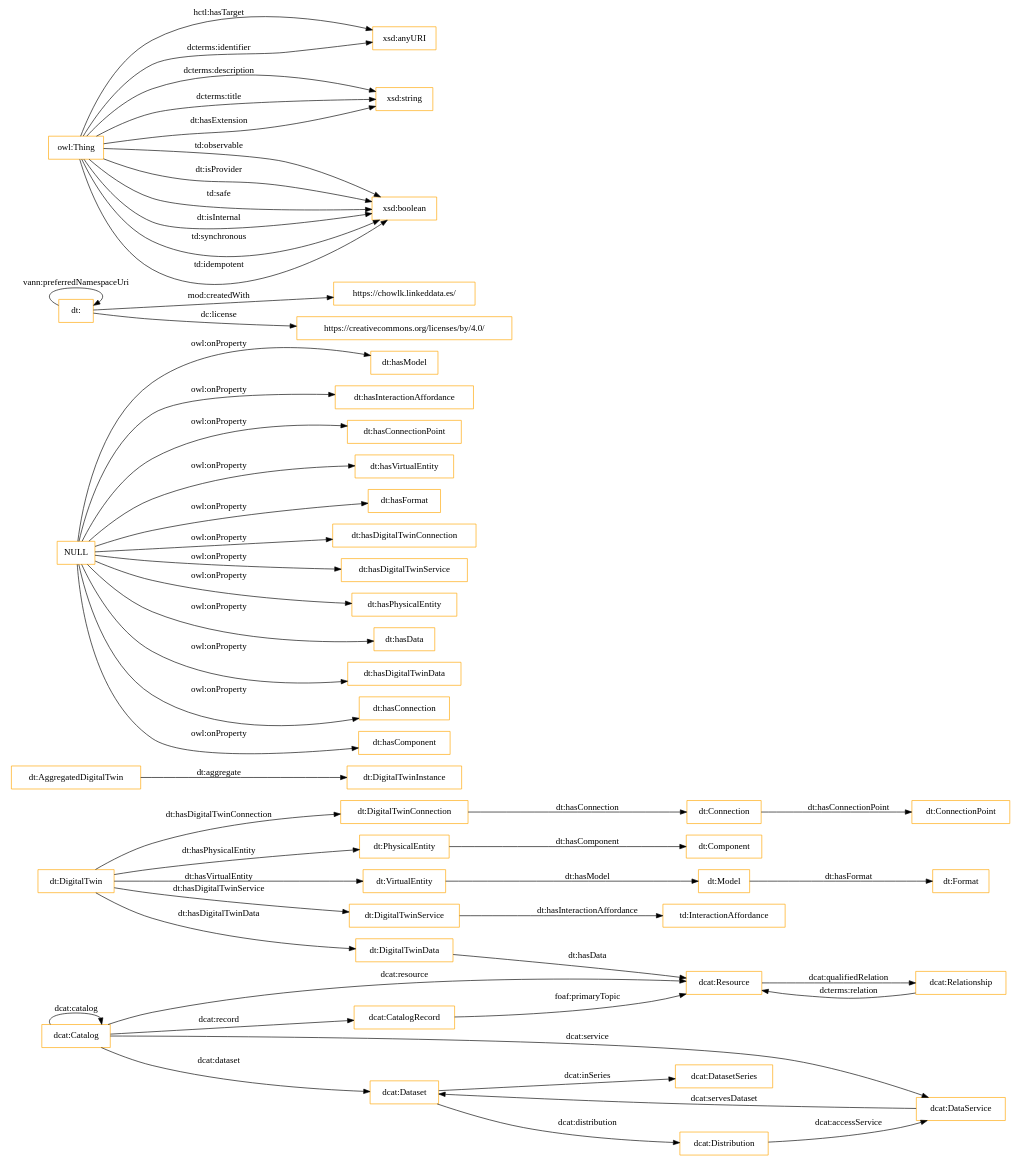
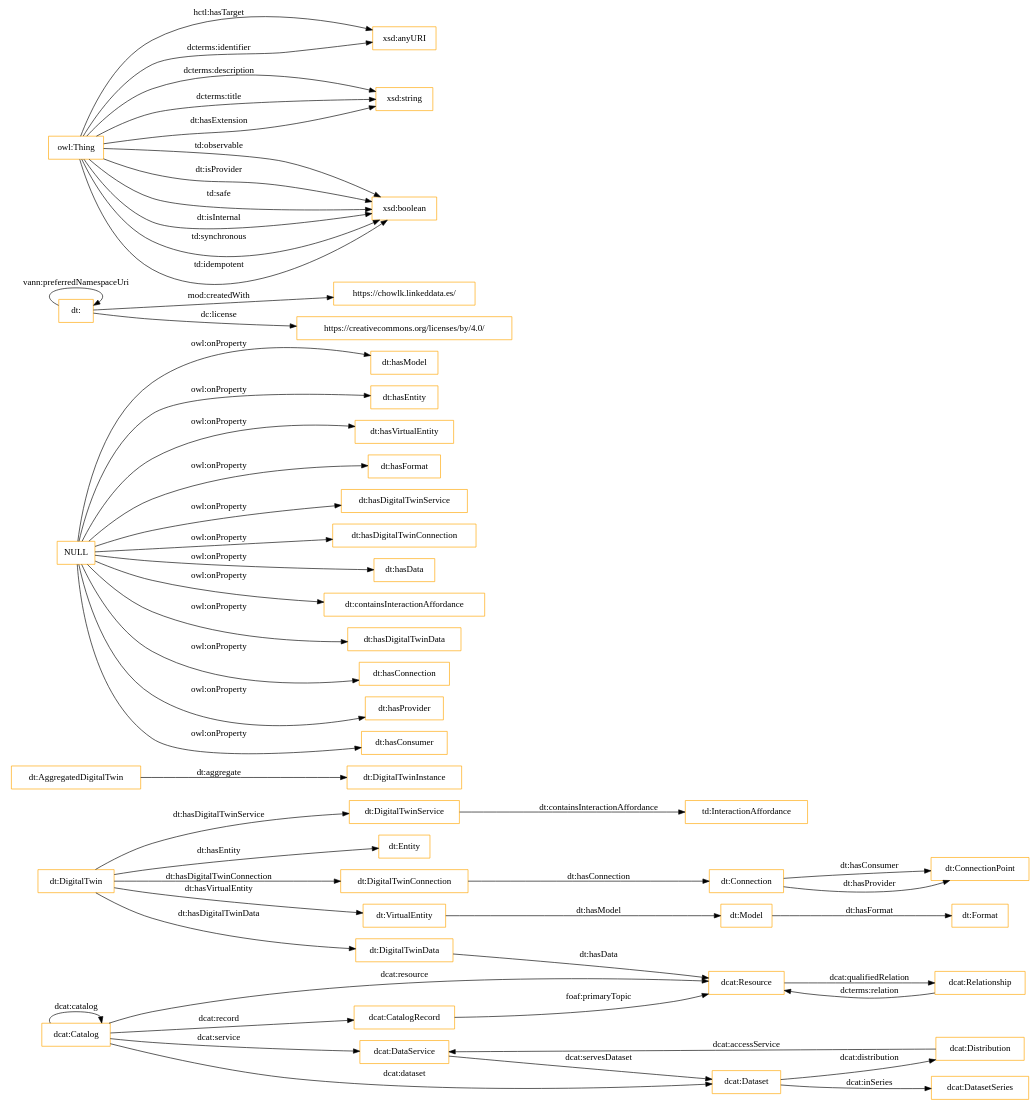
Before and after one commit to oeg-upm/WoT-DT-ontology: the diagram in OnToology/dt-ontology.ttl/diagrams/ar2dtool-class/dt-ontology.ttl.png.dot, drawn with Graphviz. The commit also changed 12 other files, not shown here.

```diff
--- a/OnToology/dt-ontology.ttl/diagrams/ar2dtool-class/dt-ontology.ttl.png.dot
+++ b/OnToology/dt-ontology.ttl/diagrams/ar2dtool-class/dt-ontology.ttl.png.dot
@@ -1,57 +1,57 @@
 digraph ar2dtool_diagram { 
 rankdir=LR;
 size="1501"
-node [shape = rectangle, color="orange"]; "dt:Component" "dcat:Dataset" "dcat:DataService" "dt:Connection" "dt:AggregatedDigitalTwin" "td:InteractionAffordance" "dt:DigitalTwinService" "dt:DigitalTwinConnection" "dt:DigitalTwin" "dcat:CatalogRecord" "dt:PhysicalEntity" "dt:DigitalTwinInstance" "dt:Format" "dcat:DatasetSeries" "dcat:Relationship" "dcat:Resource" "dcat:Catalog" "dt:VirtualEntity" "dt:DigitalTwinData" "dcat:Distribution" "dt:Model" "dt:ConnectionPoint" ; /*classes style*/
+node [shape = rectangle, color="orange"]; "dt:DigitalTwin" "dcat:Distribution" "dt:VirtualEntity" "dcat:DataService" "dt:DigitalTwinData" "dcat:Resource" "dcat:Catalog" "dt:AggregatedDigitalTwin" "dt:ConnectionPoint" "td:InteractionAffordance" "dt:Connection" "dcat:DatasetSeries" "dt:Entity" "dt:Model" "dt:DigitalTwinService" "dcat:Relationship" "dt:DigitalTwinInstance" "dt:DigitalTwinConnection" "dcat:Dataset" "dt:Format" "dcat:CatalogRecord" ; /*classes style*/
 	"NULL" -> "dt:hasModel" [ label = "owl:onProperty" ];
-	"NULL" -> "dt:hasInteractionAffordance" [ label = "owl:onProperty" ];
-	"NULL" -> "dt:hasConnectionPoint" [ label = "owl:onProperty" ];
+	"NULL" -> "dt:hasEntity" [ label = "owl:onProperty" ];
 	"NULL" -> "dt:hasVirtualEntity" [ label = "owl:onProperty" ];
 	"NULL" -> "dt:hasFormat" [ label = "owl:onProperty" ];
+	"NULL" -> "dt:hasDigitalTwinService" [ label = "owl:onProperty" ];
 	"NULL" -> "dt:hasDigitalTwinConnection" [ label = "owl:onProperty" ];
-	"NULL" -> "dt:hasDigitalTwinService" [ label = "owl:onProperty" ];
-	"NULL" -> "dt:hasPhysicalEntity" [ label = "owl:onProperty" ];
 	"NULL" -> "dt:hasData" [ label = "owl:onProperty" ];
+	"NULL" -> "dt:containsInteractionAffordance" [ label = "owl:onProperty" ];
 	"NULL" -> "dt:hasDigitalTwinData" [ label = "owl:onProperty" ];
 	"NULL" -> "dt:hasConnection" [ label = "owl:onProperty" ];
-	"NULL" -> "dt:hasComponent" [ label = "owl:onProperty" ];
+	"NULL" -> "dt:hasProvider" [ label = "owl:onProperty" ];
+	"NULL" -> "dt:hasConsumer" [ label = "owl:onProperty" ];
 	"dt:" -> "dt:" [ label = "vann:preferredNamespaceUri" ];
 	"dt:" -> "https://chowlk.linkeddata.es/" [ label = "mod:createdWith" ];
 	"dt:" -> "https://creativecommons.org/licenses/by/4.0/" [ label = "dc:license" ];
-	"dt:DigitalTwin" -> "dt:PhysicalEntity" [ label = "dt:hasPhysicalEntity" ];
-	"dt:PhysicalEntity" -> "dt:Component" [ label = "dt:hasComponent" ];
 	"owl:Thing" -> "xsd:anyURI" [ label = "hctl:hasTarget" ];
 	"dcat:Catalog" -> "dcat:Resource" [ label = "dcat:resource" ];
 	"dt:AggregatedDigitalTwin" -> "dt:DigitalTwinInstance" [ label = "dt:aggregate" ];
 	"owl:Thing" -> "xsd:string" [ label = "dcterms:description" ];
+	"dt:DigitalTwin" -> "dt:Entity" [ label = "dt:hasEntity" ];
 	"dt:DigitalTwin" -> "dt:DigitalTwinService" [ label = "dt:hasDigitalTwinService" ];
+	"dt:Connection" -> "dt:ConnectionPoint" [ label = "dt:hasConsumer" ];
 	"dt:DigitalTwinConnection" -> "dt:Connection" [ label = "dt:hasConnection" ];
 	"dcat:Distribution" -> "dcat:DataService" [ label = "dcat:accessService" ];
 	"dcat:Catalog" -> "dcat:CatalogRecord" [ label = "dcat:record" ];
 	"dcat:Resource" -> "dcat:Relationship" [ label = "dcat:qualifiedRelation" ];
 	"dcat:CatalogRecord" -> "dcat:Resource" [ label = "foaf:primaryTopic" ];
 	"dcat:Catalog" -> "dcat:Dataset" [ label = "dcat:dataset" ];
-	"dt:Connection" -> "dt:ConnectionPoint" [ label = "dt:hasConnectionPoint" ];
 	"owl:Thing" -> "xsd:boolean" [ label = "td:observable" ];
 	"dcat:DataService" -> "dcat:Dataset" [ label = "dcat:servesDataset" ];
+	"dt:DigitalTwinService" -> "td:InteractionAffordance" [ label = "dt:containsInteractionAffordance" ];
 	"owl:Thing" -> "xsd:boolean" [ label = "dt:isProvider" ];
 	"dcat:Catalog" -> "dcat:DataService" [ label = "dcat:service" ];
 	"dt:Model" -> "dt:Format" [ label = "dt:hasFormat" ];
 	"owl:Thing" -> "xsd:anyURI" [ label = "dcterms:identifier" ];
 	"dt:DigitalTwin" -> "dt:DigitalTwinData" [ label = "dt:hasDigitalTwinData" ];
 	"dcat:Catalog" -> "dcat:Catalog" [ label = "dcat:catalog" ];
 	"dcat:Relationship" -> "dcat:Resource" [ label = "dcterms:relation" ];
 	"dt:DigitalTwin" -> "dt:VirtualEntity" [ label = "dt:hasVirtualEntity" ];
 	"owl:Thing" -> "xsd:boolean" [ label = "td:safe" ];
 	"dt:VirtualEntity" -> "dt:Model" [ label = "dt:hasModel" ];
 	"dt:DigitalTwinData" -> "dcat:Resource" [ label = "dt:hasData" ];
 	"owl:Thing" -> "xsd:boolean" [ label = "dt:isInternal" ];
 	"dcat:Dataset" -> "dcat:Distribution" [ label = "dcat:distribution" ];
 	"dcat:Dataset" -> "dcat:DatasetSeries" [ label = "dcat:inSeries" ];
+	"dt:Connection" -> "dt:ConnectionPoint" [ label = "dt:hasProvider" ];
 	"dt:DigitalTwin" -> "dt:DigitalTwinConnection" [ label = "dt:hasDigitalTwinConnection" ];
 	"owl:Thing" -> "xsd:string" [ label = "dcterms:title" ];
 	"owl:Thing" -> "xsd:boolean" [ label = "td:synchronous" ];
 	"owl:Thing" -> "xsd:boolean" [ label = "td:idempotent" ];
 	"owl:Thing" -> "xsd:string" [ label = "dt:hasExtension" ];
-	"dt:DigitalTwinService" -> "td:InteractionAffordance" [ label = "dt:hasInteractionAffordance" ];
 
 }
```
